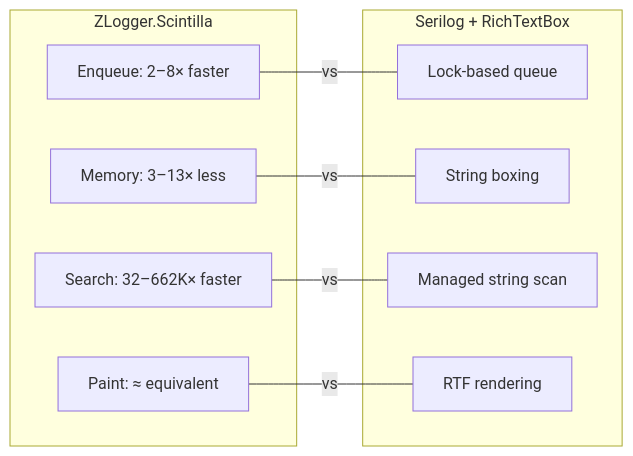
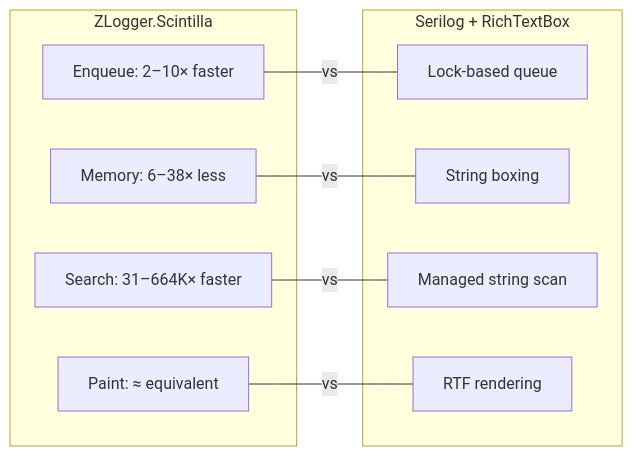
Before and after one commit to trgiangv/ZLogger.Scintilla: the diagram in docs/benchmarks.md, drawn with Mermaid. The commit also changed other lines of this file and 12 other files, not shown here.

````diff
--- a/docs/benchmarks.md
+++ b/docs/benchmarks.md
@@ -11,21 +11,21 @@
 ```mermaid
 flowchart LR
     subgraph Scintilla["ZLogger.Scintilla"]
-        S1["Enqueue: 2–8× faster"]
-        S2["Memory: 3–13× less"]
-        S3["Search: 32–662K× faster"]
+        S1["Enqueue: 2–10× faster"]
+        S2["Memory: 6–38× less"]
+        S3["Search: 31–664K× faster"]
         S4["Paint: ≈ equivalent"]
     end
 
     subgraph Serilog["Serilog + RichTextBox"]
         R1["Lock-based queue"]
         R2["String boxing"]
         R3["Managed string scan"]
         R4["RTF rendering"]
     end
 
     S1 ---|"vs"| R1
     S2 ---|"vs"| R2
     S3 ---|"vs"| R3
     S4 ---|"vs"| R4
 ```
````
